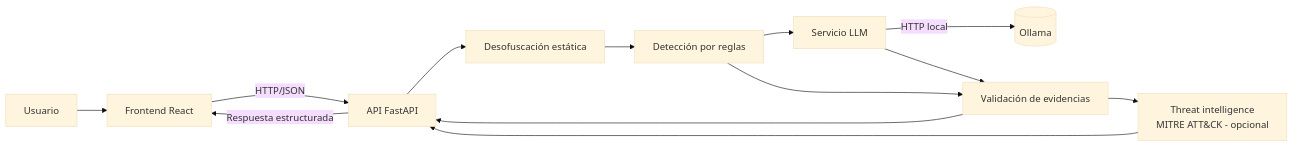
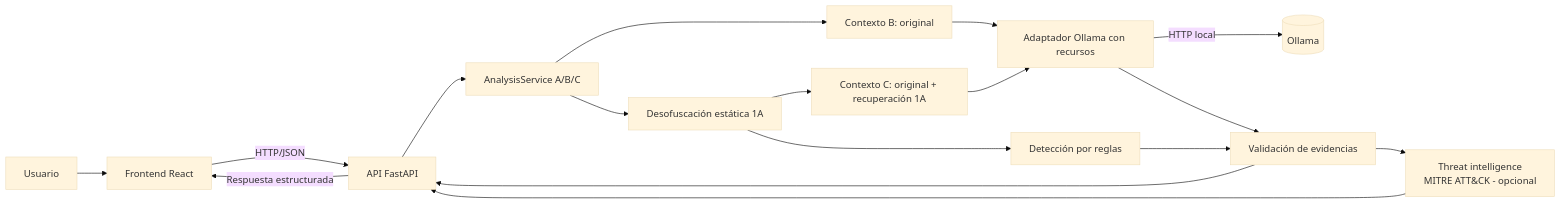
Before and after one commit to Eliza-05/powershell-insight-ai: the diagram in docs/architecture.md, drawn with Mermaid (base theme). The commit also changed other lines of this file and 200 other files, not shown here.

````diff
--- a/docs/architecture.md
+++ b/docs/architecture.md
@@ -9,15 +9,19 @@
 ```mermaid
 flowchart LR
     U[Usuario] --> FE[Frontend React]
     FE -->|HTTP/JSON| API[API FastAPI]
-    API --> DEOB[Desofuscación estática]
+    API --> ORQ[AnalysisService A/B/C]
+    ORQ --> DEOB[Desofuscación estática 1A]
     DEOB --> DET[Detección por reglas]
-    DET --> LLM[Servicio LLM]
+    ORQ --> B[Contexto B: original]
+    DEOB --> C[Contexto C: original + recuperación 1A]
+    B --> LLM[Adaptador Ollama con recursos]
+    C --> LLM
     LLM -->|HTTP local| OLL[(Ollama)]
     LLM --> EVI[Validación de evidencias]
     DET --> EVI
     EVI --> TI[Threat intelligence<br/>MITRE ATT&CK - opcional]
     EVI --> API
     TI --> API
     API -->|Respuesta estructurada| FE
 ```
````
